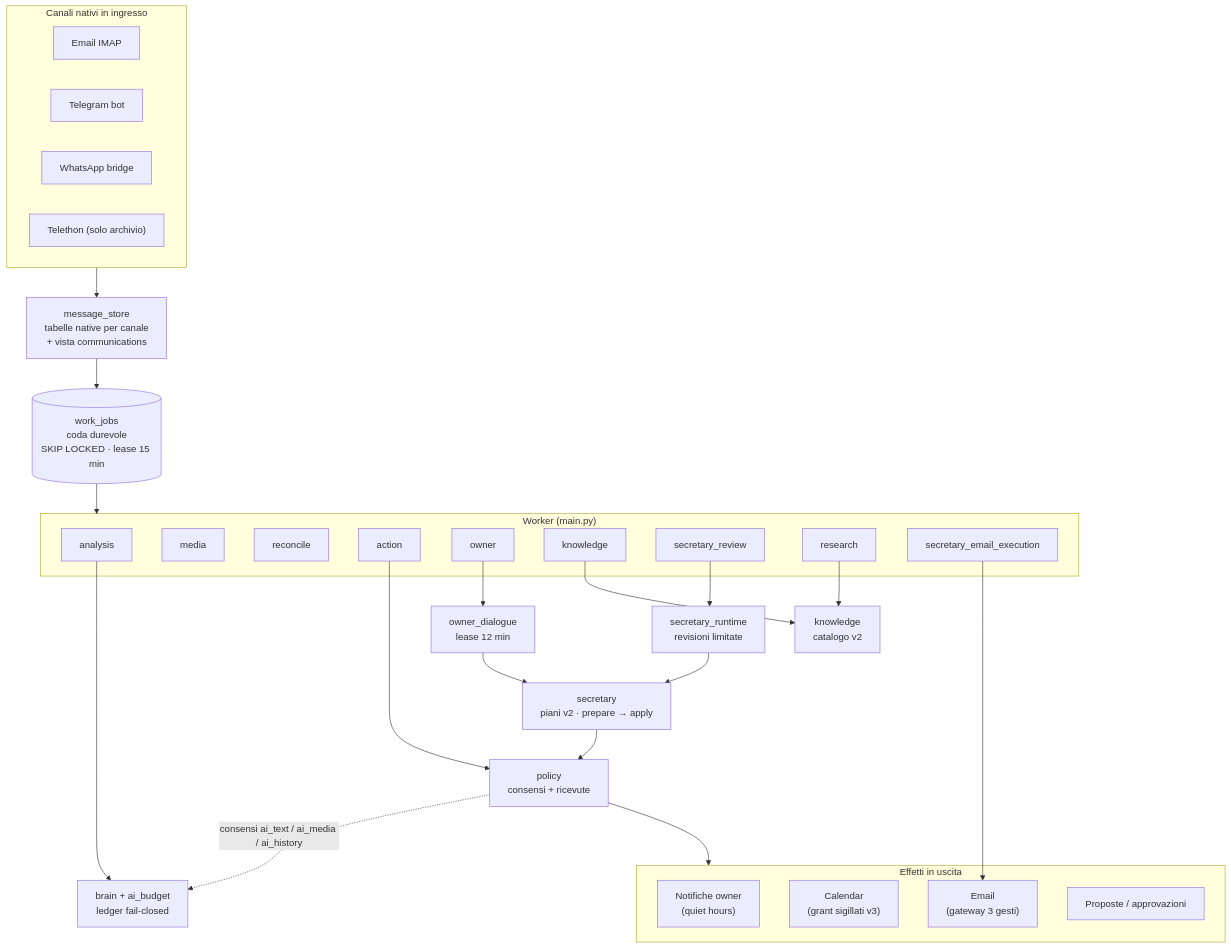
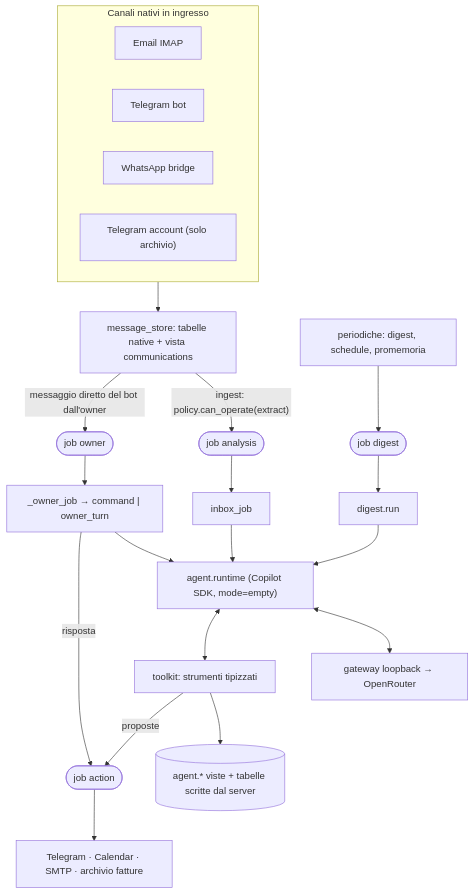
One commit to Hypaz-AI/p-secretary changed the first of 9 diagrams in AGENT_FLOWS.md. Above: the diagram before and after it, drawn with Mermaid. The commit also changed other lines of this file and 131 other files, not shown here.

````diff
--- a/AGENT_FLOWS.md
+++ b/AGENT_FLOWS.md
@@ -32,50 +43,23 @@
 ```mermaid
 flowchart TB
-    subgraph CANALI["Canali nativi in ingresso"]
+    subgraph IN["Canali nativi in ingresso"]
         E["Email IMAP"]
         T["Telegram bot"]
         W["WhatsApp bridge"]
-        TA["Telethon (solo archivio)"]
+        TA["Telegram account (solo archivio)"]
     end
-
-    MS["message_store<br/>tabelle native per canale<br/>+ vista communications"]
-    Q[("work_jobs<br/>coda durevole<br/>SKIP LOCKED · lease 15 min")]
-
-    subgraph WK["Worker (main.py)"]
-        AW["analysis"]
-        MW["media"]
-        RW["reconcile"]
-        AC["action"]
-        OW["owner"]
-        KW["knowledge"]
-        SR["secretary_review"]
-        RS["research"]
-        EE["secretary_email_execution"]
-    end
-
-    B["brain + ai_budget<br/>ledger fail-closed"]
-    SEC["secretary<br/>piani v2 · prepare → apply"]
-    RT["secretary_runtime<br/>revisioni limitate"]
-    OD["owner_dialogue<br/>lease 12 min"]
-    POL["policy<br/>consensi + ricevute"]
-    KN["knowledge<br/>catalogo v2"]
-
-    subgraph EFF["Effetti in uscita"]
-        NT["Notifiche owner<br/>(quiet hours)"]
-        GC["Calendar<br/>(grant sigillati v3)"]
-        ML["Email<br/>(gateway 3 gesti)"]
-        PR["Proposte / approvazioni"]
-    end
-
-    CANALI --> MS --> Q --> WK
-    AW --> B
-    KW --> KN
-    OW --> OD --> SEC
-    SR --> RT --> SEC
-    RS --> KN
-    SEC --> POL
-    AC --> POL
-    EE --> ML
-    POL --> EFF
-    POL -.->|consensi ai_text / ai_media / ai_history| B
+    IN --> ST["message_store: tabelle native + vista communications"]
+    ST -->|"ingest: policy.can_operate(extract)"| QA(["job analysis"])
+    ST -->|"messaggio diretto del bot dall'owner"| QO(["job owner"])
+    CRON["periodiche: digest, schedule, promemoria"] --> QD(["job digest"])
+    QA --> A1["inbox_job"]
+    QO --> A2["_owner_job → command | owner_turn"]
+    QD --> A3["digest.run"]
+    A1 & A2 & A3 --> RT["agent.runtime (Copilot SDK, mode=empty)"]
+    RT <--> GW["gateway loopback → OpenRouter"]
+    RT <--> TK["toolkit: strumenti tipizzati"]
+    TK --> DB[("agent.* viste + tabelle scritte dal server")]
+    TK -->|"proposte"| QX(["job action"])
+    A2 -->|"risposta"| QX
+    QX --> OUT["Telegram · Calendar · SMTP · archivio fatture"]
 ```
````
